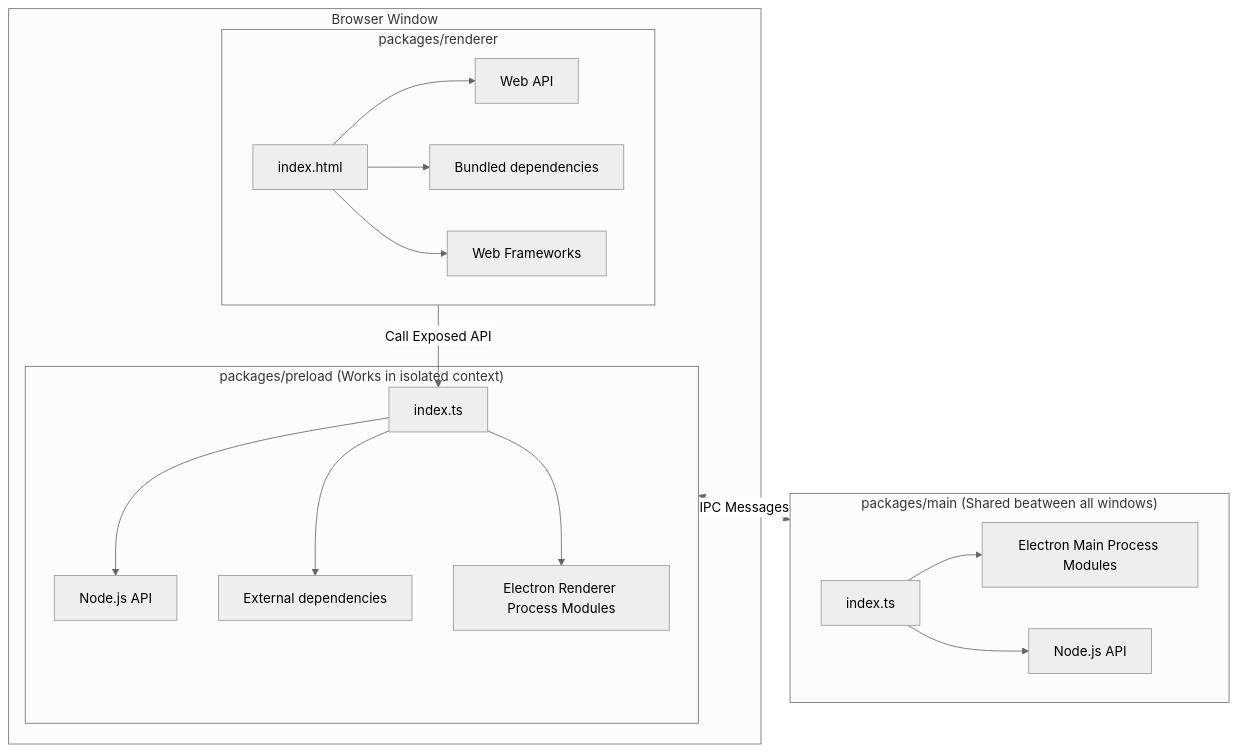
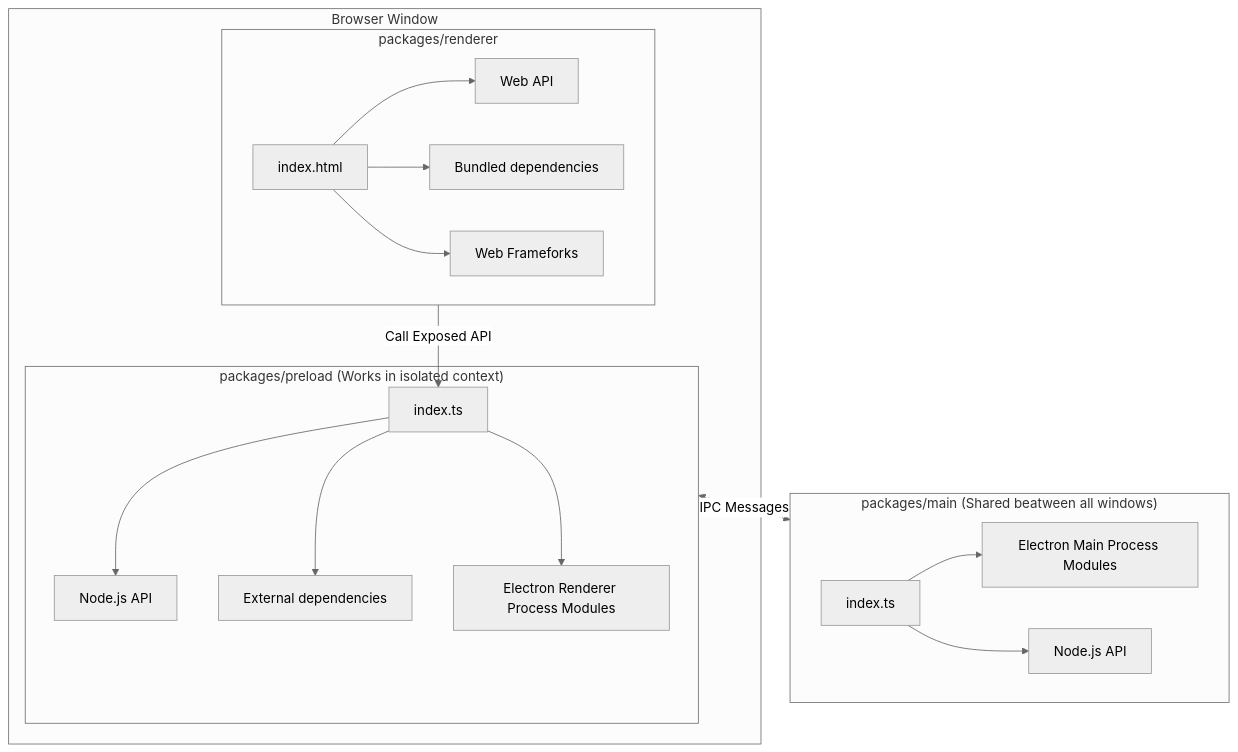
One commit to victorsoares96/electron-template-old changed the first of 2 diagrams in README.md. Above: the diagram before and after it, drawn with Mermaid (neutral theme). The commit also changed other lines of this file and 65 other files, not shown here.

````diff
--- a/README.md
+++ b/README.md
@@ -118,27 +113,27 @@
 ```mermaid
 flowchart TB;
 
 packages/preload <-. IPC Messages .-> packages/main
 
     subgraph packages/main["packages/main (Shared beatween all windows)"]
     M[index.ts] --> EM[Electron Main Process Modules]
     M --> N2[Node.js API]
     end
 
 subgraph Window["Browser Window"]
     subgraph packages/preload["packages/preload (Works in isolated context)"]
     P[index.ts] --> N[Node.js API]
     P --> ED[External dependencies]
     P --> ER[Electron Renderer Process Modules]
     end
 
 
     subgraph packages/renderer
     R[index.html] --> W[Web API]
     R --> BD[Bundled dependencies]
-    R --> F[Web Frameworks]
+    R --> F[Web Frameforks]
     end
     end
 
 packages/renderer -- Call Exposed API --> P
 ```
````
